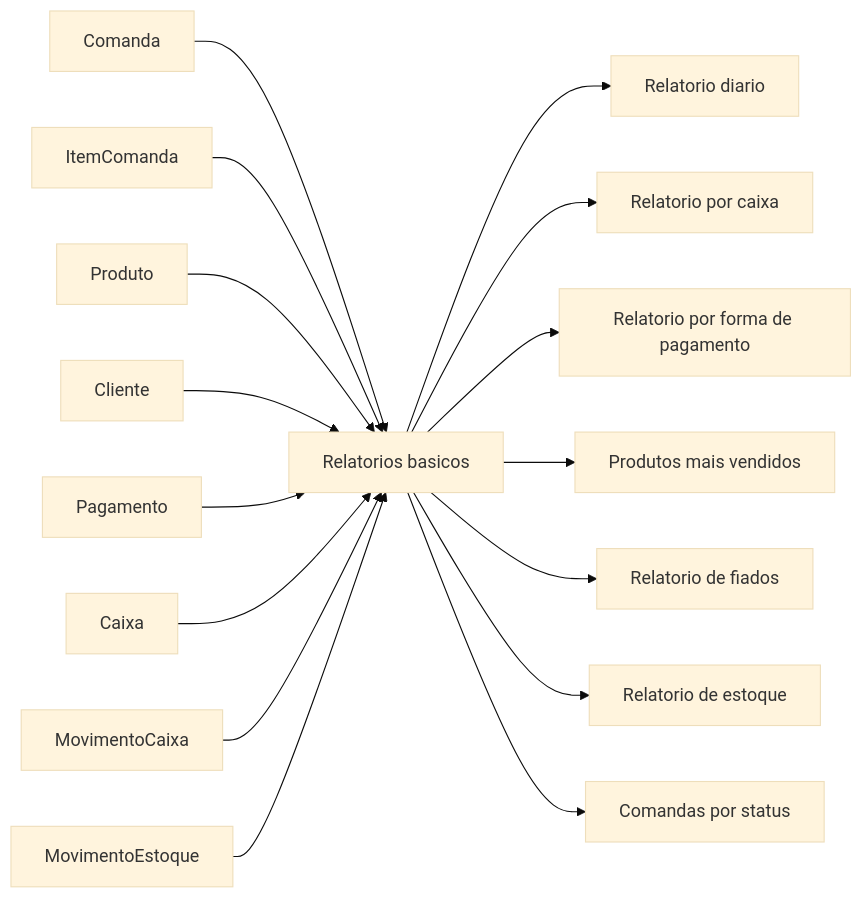
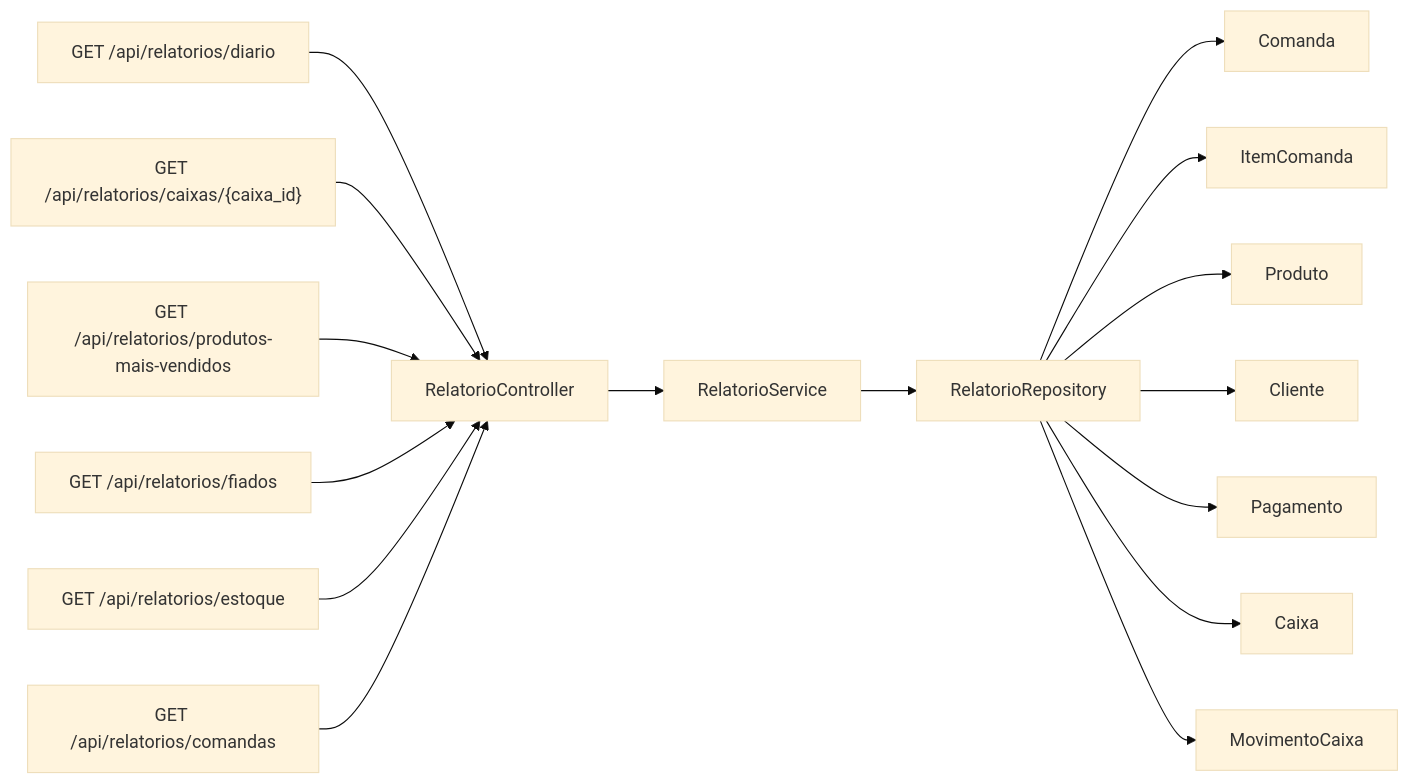
Before and after one commit to OtavioProcopio/area-verde: the diagram in docs/diagrams/modules/relatorios.md, drawn with Mermaid (base theme). The commit also changed other lines of this file and 29 other files, not shown here.

Commit message:
feat: adiciona relatorios basicos

````diff
--- a/docs/diagrams/modules/relatorios.md
+++ b/docs/diagrams/modules/relatorios.md
@@ -11,36 +11,38 @@
 ```mermaid
 flowchart LR
-    Relatorios[Relatorios basicos]
+    Controller[RelatorioController]
+    Service[RelatorioService]
+    Repo[RelatorioRepository]
+
     Comanda[Comanda]
     Item[ItemComanda]
     Produto[Produto]
     Cliente[Cliente]
     Pagamento[Pagamento]
     Caixa[Caixa]
     MovimentoCaixa[MovimentoCaixa]
-    MovimentoEstoque[MovimentoEstoque]
 
-    Diario["Relatorio diario"]
-    PorCaixa["Relatorio por caixa"]
-    PorForma["Relatorio por forma de pagamento"]
-    MaisVendidos["Produtos mais vendidos"]
-    Fiados["Relatorio de fiados"]
-    Estoque["Relatorio de estoque"]
-    Status["Comandas por status"]
+    Diario["GET /api/relatorios/diario"]
+    PorCaixa["GET /api/relatorios/caixas/{caixa_id}"]
+    MaisVendidos["GET /api/relatorios/produtos-mais-vendidos"]
+    Fiados["GET /api/relatorios/fiados"]
+    Estoque["GET /api/relatorios/estoque"]
+    Status["GET /api/relatorios/comandas"]
 
-    Comanda --> Relatorios
-    Item --> Relatorios
-    Produto --> Relatorios
-    Cliente --> Relatorios
-    Pagamento --> Relatorios
-    Caixa --> Relatorios
-    MovimentoCaixa --> Relatorios
-    MovimentoEstoque --> Relatorios
-    Relatorios --> Diario
-    Relatorios --> PorCaixa
-    Relatorios --> PorForma
-    Relatorios --> MaisVendidos
-    Relatorios --> Fiados
-    Relatorios --> Estoque
-    Relatorios --> Status
+    Diario --> Controller
+    PorCaixa --> Controller
+    MaisVendidos --> Controller
+    Fiados --> Controller
+    Estoque --> Controller
+    Status --> Controller
+
+    Controller --> Service
+    Service --> Repo
+    Repo --> Comanda
+    Repo --> Item
+    Repo --> Produto
+    Repo --> Cliente
+    Repo --> Pagamento
+    Repo --> Caixa
+    Repo --> MovimentoCaixa
 ```
````
